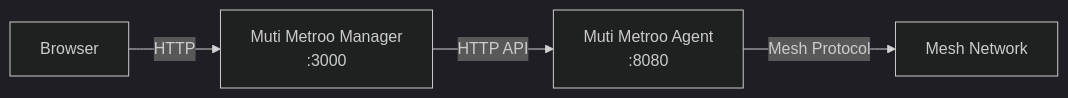
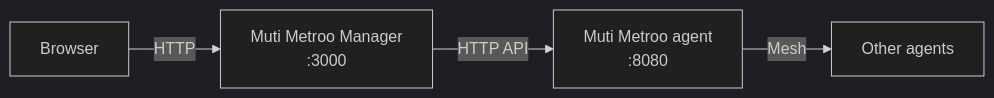
One commit to Muti-Metroo/Muti-Metroo changed the diagram in docs/docs/muti-metroo-manager.mdx. Above: the diagram before and after it, drawn with Mermaid (dark theme). The commit also changed other lines of this file and 156 other files, not shown here.

````diff
--- a/docs/docs/muti-metroo-manager.mdx
+++ b/docs/docs/muti-metroo-manager.mdx
@@ -258,6 +39,6 @@
 ```mermaid
 flowchart LR
     Browser[Browser] -->|HTTP| Manager[Muti Metroo Manager<br/>:3000]
-    Manager -->|HTTP API| Agent[Muti Metroo Agent<br/>:8080]
-    Agent -->|Mesh Protocol| Mesh[Mesh Network]
+    Manager -->|HTTP API| Agent[Muti Metroo agent<br/>:8080]
+    Agent -->|Mesh| Mesh[Other agents]
 ```
````
